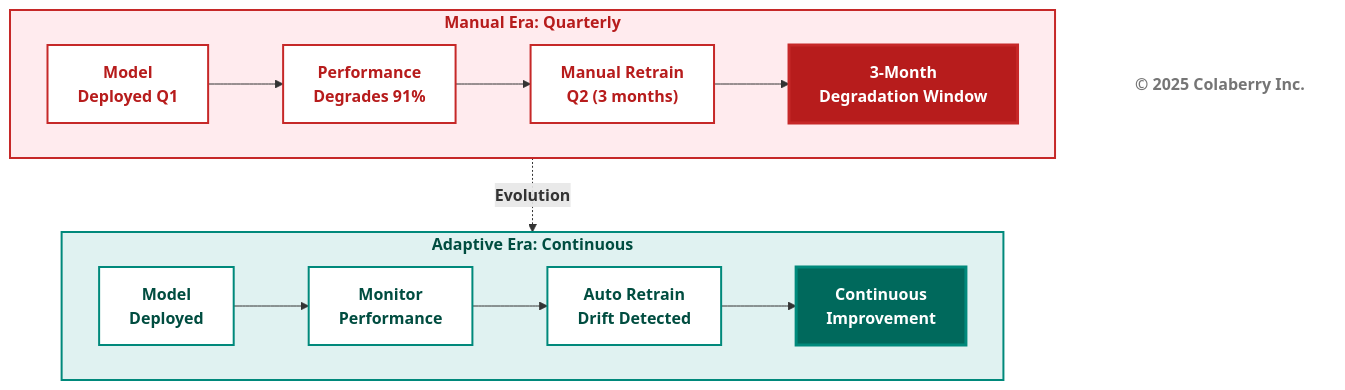
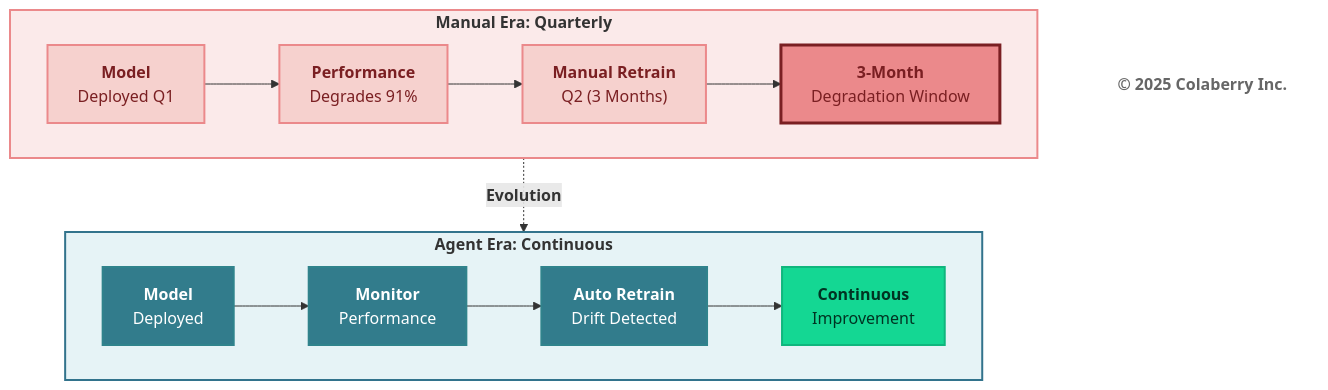
One commit to saitejesh-cyber/trust-before-intelligence-book changed the tenth of 12 diagrams in manuscript/03_chapter_2_inpact_framework.md. Above: the diagram before and after it, drawn with Mermaid. The commit also changed other lines of this file, not shown here.

Commit message:
Update mermaid diagrams as per new coloberry color and contrast ratio for chapter 3

````diff
--- a/manuscript/03_chapter_2_inpact_framework.md
+++ b/manuscript/03_chapter_2_inpact_framework.md
@@ -706,35 +713,41 @@
 ```mermaid
 graph TB
     subgraph ERA1["<b>Manual Era: Quarterly</b>"]
         direction LR
-        A1["<b>Model<br/>Deployed Q1</b>"] --> B1["<b>Performance<br/>Degrades 91%</b>"]
-        B1 --> C1["<b>Manual Retrain<br/>Q2 (3 months)</b>"]
-        C1 --> D1["<b>3-Month<br/>Degradation Window</b>"]
+        A1["<b>Model</b><br/>Deployed Q1"]
+        B1["<b>Performance</b><br/>Degrades 91%"]
+        C1["<b>Manual Retrain</b><br/>Q2 (3 Months)"]
+        D1["<b>3-Month</b><br/>Degradation Window"]
         
-        style D1 fill:#b71c1c,color:#ffffff,stroke:#c62828,stroke-width:3px
+        A1 --> B1 --> C1 --> D1
     end
-    
+
     ERA1 -.->|<b>Evolution</b>| ERA2
-    
-    subgraph ERA2["<b>Adaptive Era: Continuous</b>"]
+
+    subgraph ERA2["<b>Agent Era: Continuous</b>"]
         direction LR
-        A2["<b>Model<br/>Deployed</b>"] --> B2["<b>Monitor<br/>Performance</b>"]
-        B2 --> C2["<b>Auto Retrain<br/>Drift Detected</b>"]
-        C2 --> D2["<b>Continuous<br/>Improvement</b>"]
+        A2["<b>Model</b><br/>Deployed"]
+        B2["<b>Monitor</b><br/>Performance"]
+        C2["<b>Auto Retrain</b><br/>Drift Detected"]
+        D2["<b>Continuous</b><br/>Improvement"]
         
-        style D2 fill:#00695c,color:#ffffff,stroke:#00897b,stroke-width:3px
+        A2 --> B2 --> C2 --> D2
     end
-    
-    style ERA1 fill:#ffebee,stroke:#c62828,stroke-width:2px,color:#b71c1c
-    style A1 fill:#ffffff,stroke:#c62828,stroke-width:2px,color:#b71c1c
-    style B1 fill:#ffffff,stroke:#c62828,stroke-width:2px,color:#b71c1c
-    style C1 fill:#ffffff,stroke:#c62828,stroke-width:2px,color:#b71c1c
-    
-    style ERA2 fill:#e0f2f1,stroke:#00897b,stroke-width:2px,color:#004d40
-    style A2 fill:#ffffff,stroke:#00897b,stroke-width:2px,color:#004d40
-    style B2 fill:#ffffff,stroke:#00897b,stroke-width:2px,color:#004d40
-    style C2 fill:#ffffff,stroke:#00897b,stroke-width:2px,color:#004d40
+
+    style ERA1 fill:#FBEAEA,stroke:#EB898B,stroke-width:2px
+    style A1 fill:#F6D1CE,stroke:#EB898B,stroke-width:2px,color:#7A1F22
+    style B1 fill:#F6D1CE,stroke:#EB898B,stroke-width:2px,color:#7A1F22
+    style C1 fill:#F6D1CE,stroke:#EB898B,stroke-width:2px,color:#7A1F22
+
+    style D1 fill:#EB898B,stroke:#7A1F22,stroke-width:3px,color:#7A1F22
+
+    %% ---- Agent Era (Solution) ----
+    style ERA2 fill:#E6F3F6,stroke:#32738C,stroke-width:2px
+    style A2 fill:#327C8C,stroke:#30838C,stroke-width:2px,color:#ffffff
+    style B2 fill:#327C8C,stroke:#30838C,stroke-width:2px,color:#ffffff
+    style C2 fill:#327C8C,stroke:#30838C,stroke-width:2px,color:#ffffff
+    style D2 fill:#14D793,stroke:#0FB67D,stroke-width:2px,color:#003322
     
     Copyright["<b>© 2025 Colaberry Inc.</b>"]
-    style Copyright fill:#ffffff,stroke:none,color:#757575
+    style Copyright fill:#ffffff,stroke:none,color:#666666
 ```
````
